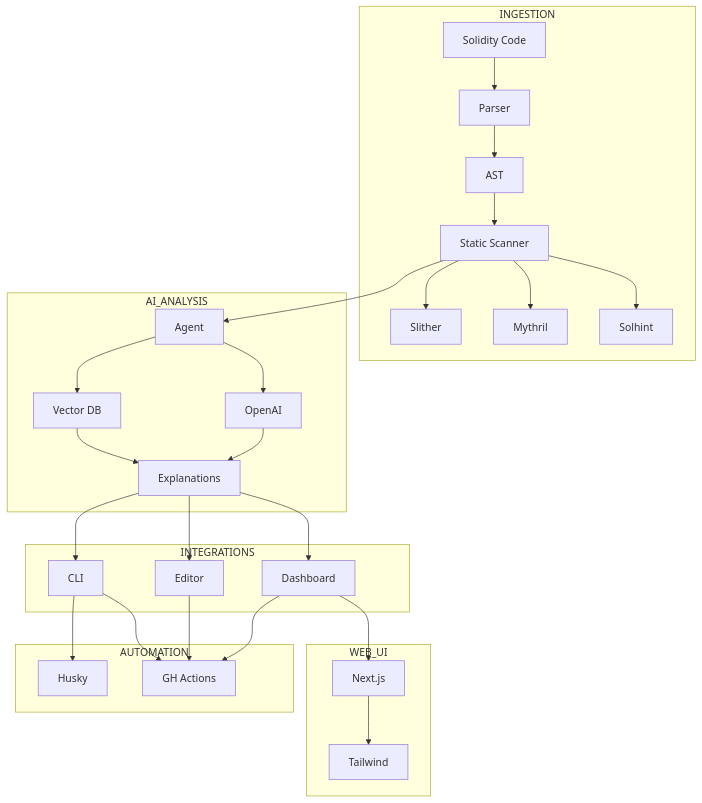
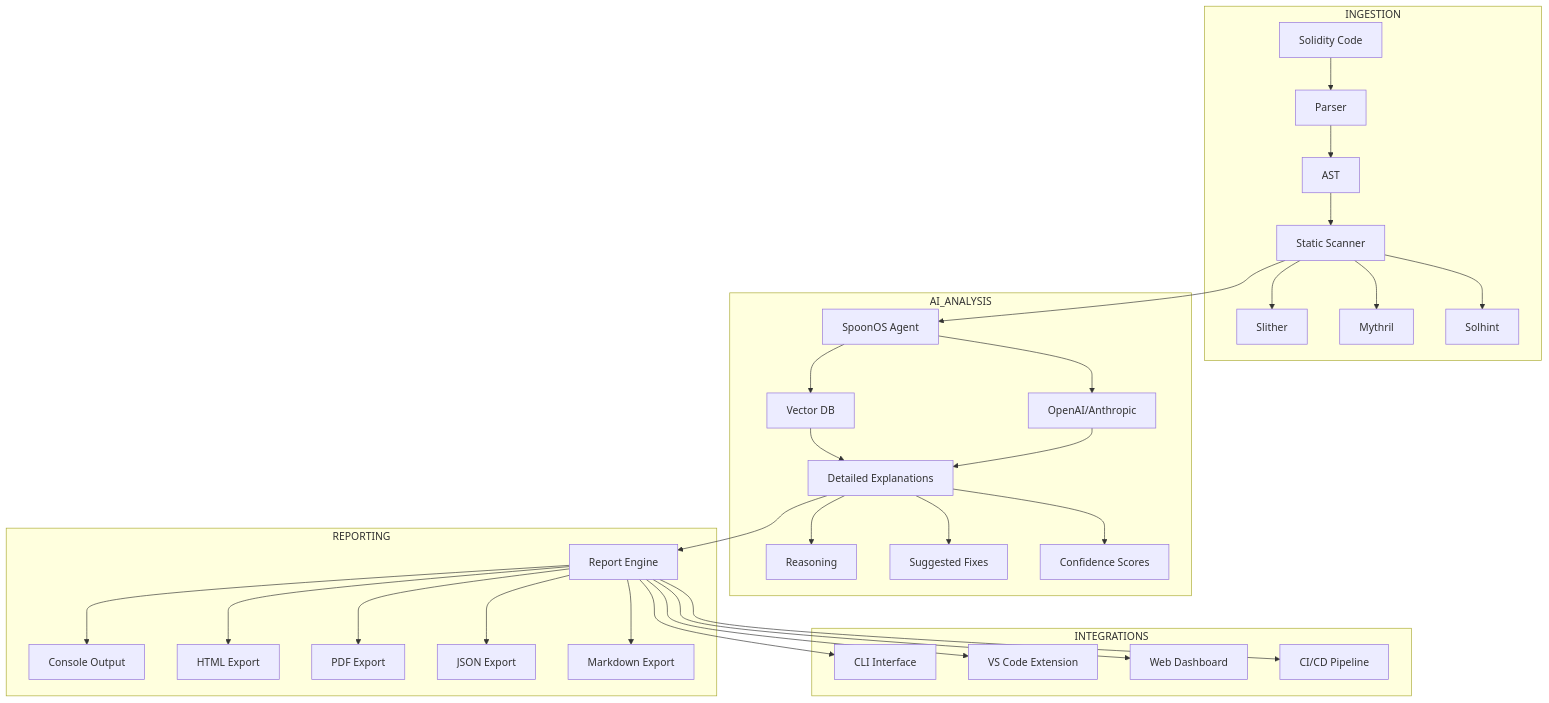
The diagram in README.md (CodeKage25/smart-audit-assistant), drawn with Mermaid before and after one commit. The commit also changed other lines of this file and 73 other files, not shown here.

````diff
--- a/README.md
+++ b/README.md
@@ -223,35 +333,37 @@
 ```mermaid
 flowchart TD
   subgraph INGESTION
     A[Solidity Code] --> B[Parser]
     B --> C[AST]
     C --> D[Static Scanner]
     D --> D1[Slither]
     D --> D2[Mythril]
     D --> D3[Solhint]
   end
 
   subgraph AI_ANALYSIS
-    D --> E[Agent]
+    D --> E[SpoonOS Agent]
     E --> F[Vector DB]
-    E --> G[OpenAI]
-    F & G --> H[Explanations]
+    E --> G[OpenAI/Anthropic]
+    F & G --> H[Detailed Explanations]
+    H --> H1[Reasoning]
+    H --> H2[Suggested Fixes]
+    H --> H3[Confidence Scores]
+  end
+
+  subgraph REPORTING
+    H --> I[Report Engine]
+    I --> I1[Console Output]
+    I --> I2[HTML Export]
+    I --> I3[PDF Export]
+    I --> I4[JSON Export]
+    I --> I5[Markdown Export]
   end
 
   subgraph INTEGRATIONS
-    H --> I[CLI]
-    H --> J[Editor]
-    H --> K[Dashboard]
-  end
-
-  subgraph WEB_UI
-    K --> L[Next.js]
-    L --> M[Tailwind]
-  end
-
-  subgraph AUTOMATION
-    I --> N[Husky]
-    I --> O[GH Actions]
-    J & K --> O
+    I --> J[CLI Interface]
+    I --> K[VS Code Extension]
+    I --> L[Web Dashboard]
+    I --> M[CI/CD Pipeline]
   end
 ```
````
